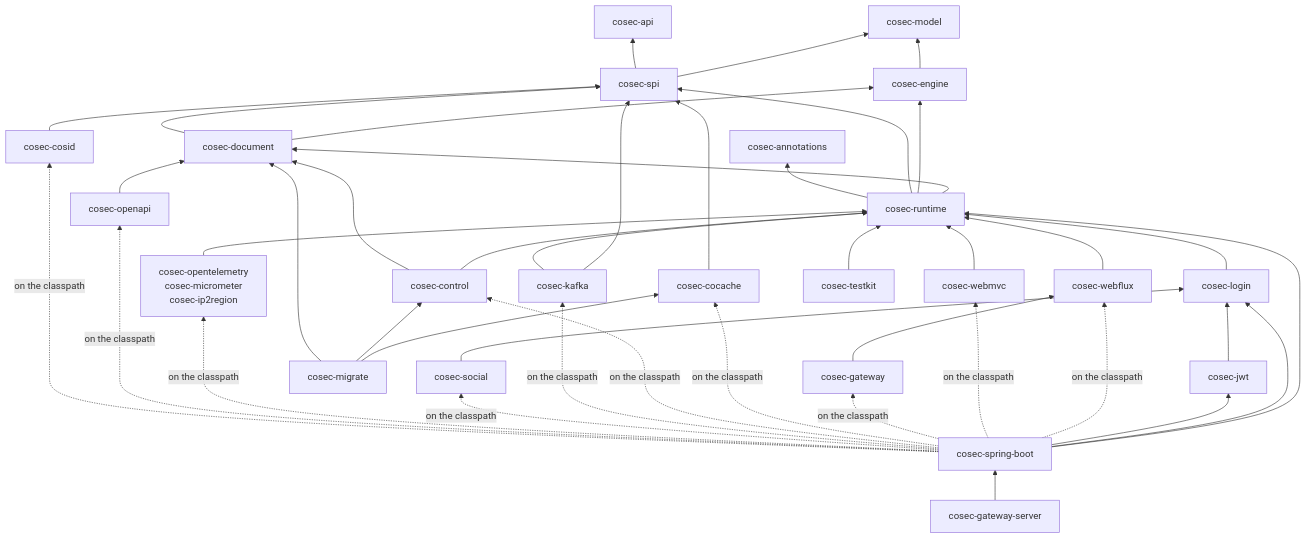
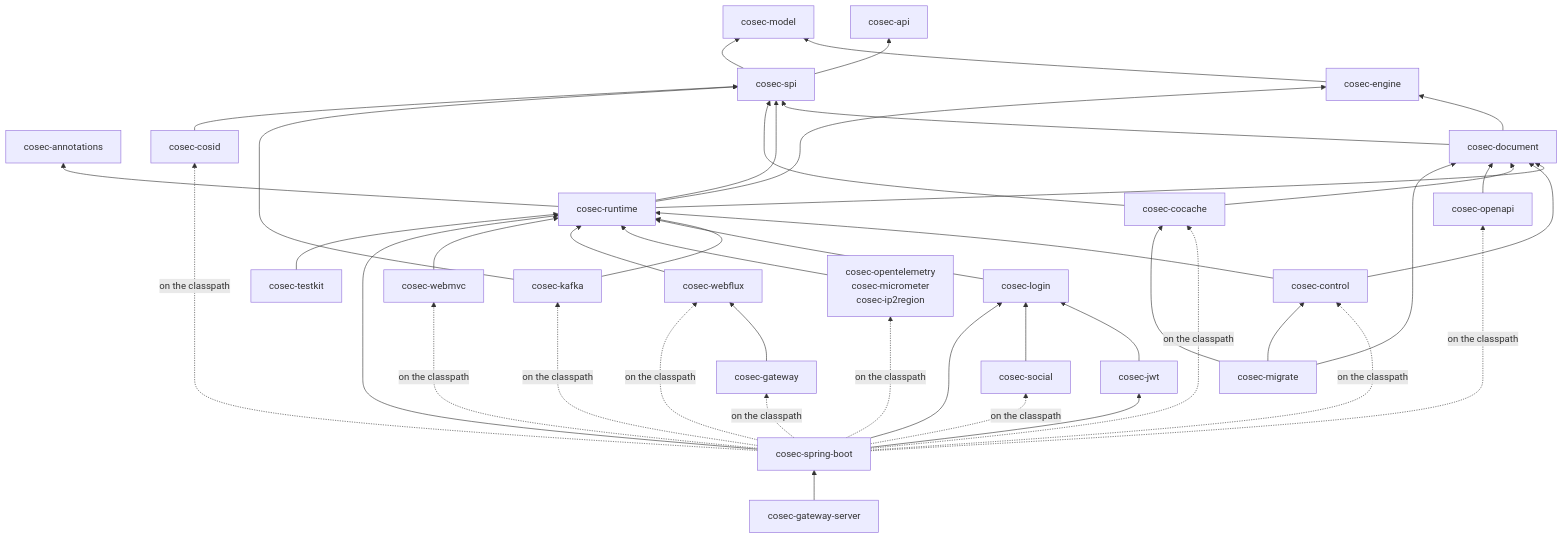
One commit to Ahoo-Wang/CoSec changed the first of 3 diagrams in wiki/architecture/overview.md. Above: the diagram before and after it, drawn with Mermaid. The commit also changed other lines of this file and 3 other files, not shown here.

Commit message:
docs: the shadow window ports are cosec-spi's; cosec-cocache depends on cosec-document

````diff
--- a/wiki/architecture/overview.md
+++ b/wiki/architecture/overview.md
@@ -37,27 +37,27 @@
 ```mermaid
 flowchart BT
     annotations[cosec-annotations]
     api[cosec-api]
     model[cosec-model]
     engine[cosec-engine] --> model
     spi[cosec-spi] --> model & api
     document[cosec-document] --> engine & spi
     runtime[cosec-runtime] --> document & engine & spi & annotations
     control[cosec-control] --> runtime & document
-    cocache[cosec-cocache] --> spi
+    cocache[cosec-cocache] --> spi & document
     kafka[cosec-kafka] --> spi & runtime
     login[cosec-login] --> runtime
     jwt[cosec-jwt] --> login
     social[cosec-social] --> login
     openapi[cosec-openapi] --> document
     listeners[cosec-opentelemetry<br>cosec-micrometer<br>cosec-ip2region] --> runtime
     cosid[cosec-cosid] --> spi
     webflux[cosec-webflux] --> runtime
     webmvc[cosec-webmvc] --> runtime
     gateway[cosec-gateway] --> webflux
     starter[cosec-spring-boot] --> runtime & login & jwt
     starter -. on the classpath .-> webflux & webmvc & gateway & cocache & control & kafka & social & listeners & openapi & cosid
     migrate[cosec-migrate] --> cocache & control & document
     testkit[cosec-testkit] --> runtime
     server[cosec-gateway-server] --> starter
 ```
````
